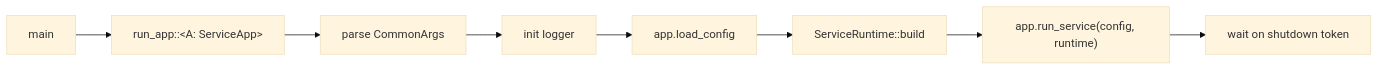
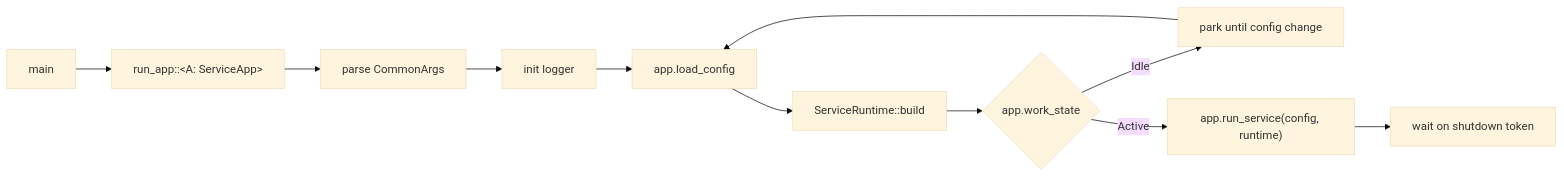
Before and after one commit to hyperi-io/scalo-rs: the diagram in docs/runtime/service-runtime.md, drawn with Mermaid (base theme). The commit also changed other lines of this file and 17 other files, not shown here.

First line of the commit message:
feat: named destinations with fan-out, and an idle gate every app can adopt

````diff
--- a/docs/runtime/service-runtime.md
+++ b/docs/runtime/service-runtime.md
@@ -49,10 +49,13 @@
 ```mermaid
 flowchart LR
     A[main] --> B["run_app::&lt;A: ServiceApp&gt;"]
     B --> C[parse CommonArgs]
     C --> D[init logger]
     D --> E[app.load_config]
     E --> F[ServiceRuntime::build]
-    F --> G["app.run_service(config, runtime)"]
+    F --> W{"app.work_state"}
+    W -->|Idle| P["park until config change"]
+    P --> E
+    W -->|Active| G["app.run_service(config, runtime)"]
     G --> H[wait on shutdown token]
 ```
````
